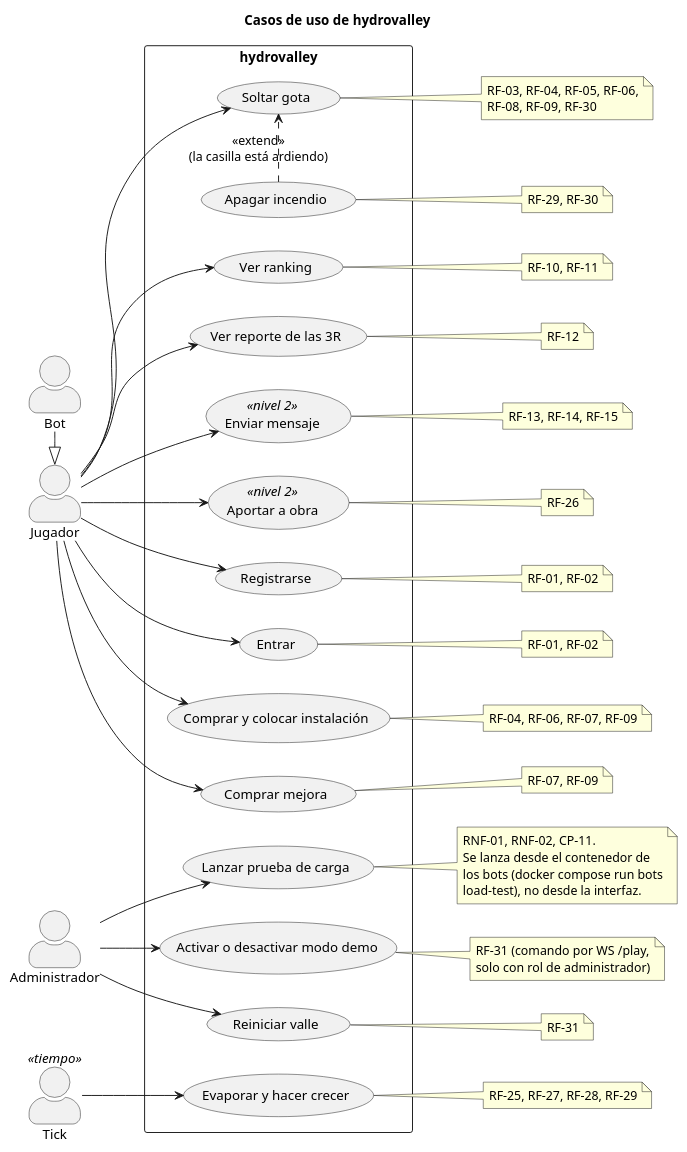
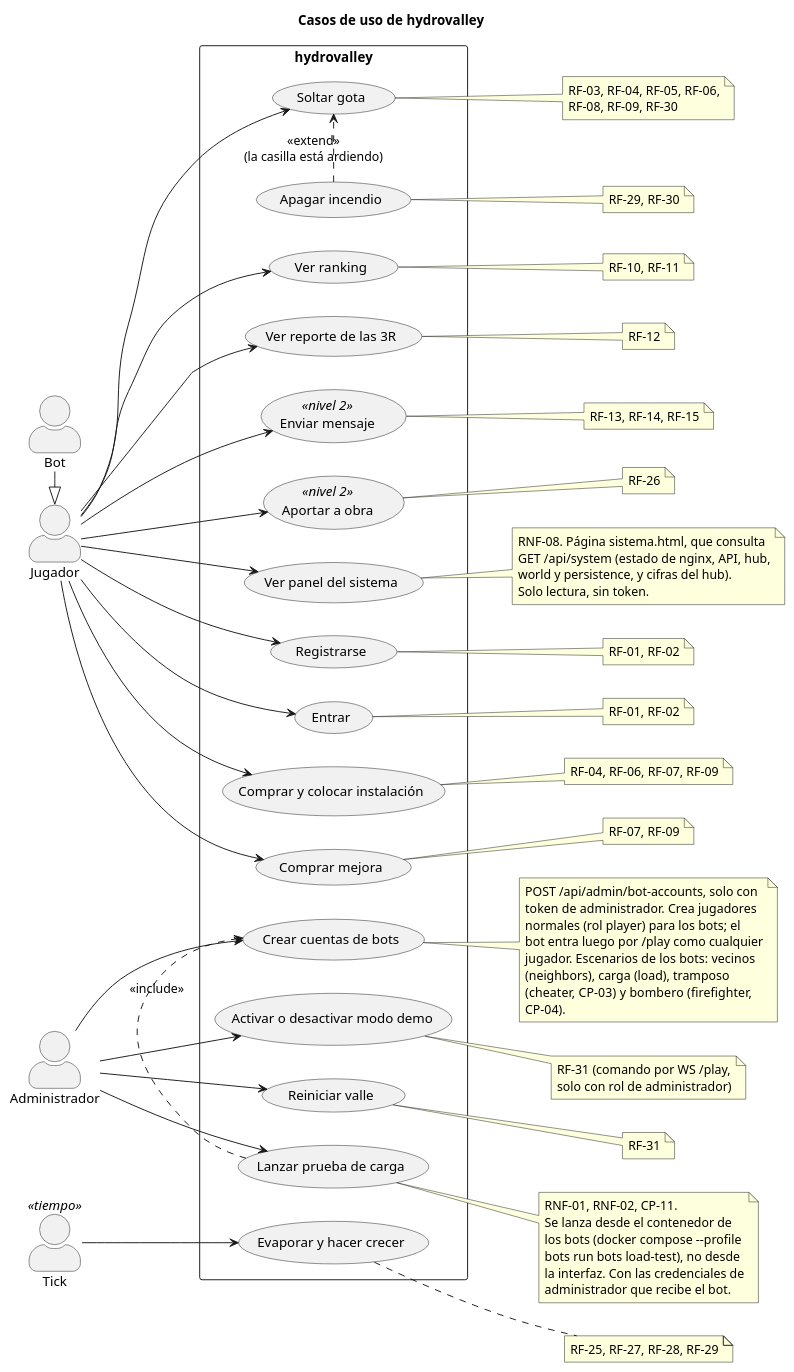
One commit to iadev2005/hydrovalley changed the diagram in docs/diagrams/01-casos-de-uso.puml. Above: the diagram before and after it, drawn with PlantUML. The commit also changed 7 other files, not shown here.

Commit message:
docs(diagrams): bring diagrams in line with the code

```diff
--- a/docs/diagrams/01-casos-de-uso.puml
+++ b/docs/diagrams/01-casos-de-uso.puml
@@ -1,99 +1,123 @@
 @startuml 01-casos-de-uso
 title Casos de uso de hydrovalley
 left to right direction
 skinparam packageStyle rectangle
 skinparam actorStyle awesome
 
 actor "Jugador" as Jugador
 actor "Bot" as Bot
 actor "Administrador" as Admin
 actor "Tick" as Tick <<tiempo>>
 
 Bot -|> Jugador
 
 rectangle "hydrovalley" {
   usecase "Registrarse" as UC_Registrarse
   usecase "Entrar" as UC_Entrar
   usecase "Soltar gota" as UC_Gota
   usecase "Apagar incendio" as UC_Incendio
   usecase "Comprar y colocar instalación" as UC_Instalacion
   usecase "Comprar mejora" as UC_Mejora
   usecase "Ver ranking" as UC_Ranking
   usecase "Ver reporte de las 3R" as UC_Reporte
   usecase "Enviar mensaje" as UC_Mensaje <<nivel 2>>
   usecase "Aportar a obra" as UC_Obra <<nivel 2>>
 
   usecase "Activar o desactivar modo demo" as UC_Demo
   usecase "Reiniciar valle" as UC_Reiniciar
   usecase "Lanzar prueba de carga" as UC_Carga
+  usecase "Crear cuentas de bots" as UC_CuentasBots
+  usecase "Ver panel del sistema" as UC_Sistema
 
   usecase "Evaporar y hacer crecer" as UC_Evolucion
 }
 
 Jugador --> UC_Registrarse
 Jugador --> UC_Entrar
 Jugador --> UC_Gota
 Jugador --> UC_Instalacion
 Jugador --> UC_Mejora
 Jugador --> UC_Ranking
 Jugador --> UC_Reporte
 Jugador --> UC_Mensaje
 Jugador --> UC_Obra
+Jugador --> UC_Sistema
 
 UC_Incendio .> UC_Gota : <<extend>>\n(la casilla está ardiendo)
 
 Admin --> UC_Demo
 Admin --> UC_Reiniciar
 Admin --> UC_Carga
+Admin --> UC_CuentasBots
+
+UC_Carga .> UC_CuentasBots : <<include>>
 
 Tick --> UC_Evolucion
 
 note right of UC_Registrarse
   RF-01, RF-02
 end note
 note right of UC_Entrar
   RF-01, RF-02
 end note
 note right of UC_Gota
   RF-03, RF-04, RF-05, RF-06,
   RF-08, RF-09, RF-30
 end note
 note right of UC_Incendio
   RF-29, RF-30
 end note
 note right of UC_Instalacion
   RF-04, RF-06, RF-07, RF-09
 end note
 note right of UC_Mejora
   RF-07, RF-09
 end note
 note right of UC_Ranking
   RF-10, RF-11
 end note
 note right of UC_Reporte
   RF-12
 end note
 note right of UC_Mensaje
   RF-13, RF-14, RF-15
 end note
 note right of UC_Obra
   RF-26
 end note
 note right of UC_Evolucion
   RF-25, RF-27, RF-28, RF-29
 end note
 note right of UC_Demo
   RF-31 (comando por WS /play,
   solo con rol de administrador)
 end note
 note right of UC_Reiniciar
   RF-31
 end note
 note right of UC_Carga
   RNF-01, RNF-02, CP-11.
   Se lanza desde el contenedor de
-  los bots (docker compose run bots
-  load-test), no desde la interfaz.
+  los bots (docker compose --profile
+  bots run bots load-test), no desde
+  la interfaz. Con las credenciales de
+  administrador que recibe el bot.
+end note
+note right of UC_CuentasBots
+  POST /api/admin/bot-accounts, solo con
+  token de administrador. Crea jugadores
+  normales (rol player) para los bots; el
+  bot entra luego por /play como cualquier
+  jugador. Escenarios de los bots: vecinos
+  (neighbors), carga (load), tramposo
+  (cheater, CP-03) y bombero (firefighter,
+  CP-04).
+end note
+note right of UC_Sistema
+  RNF-08. Página sistema.html, que consulta
+  GET /api/system (estado de nginx, API, hub,
+  world y persistence, y cifras del hub).
+  Solo lectura, sin token.
 end note
 
 @enduml
```
